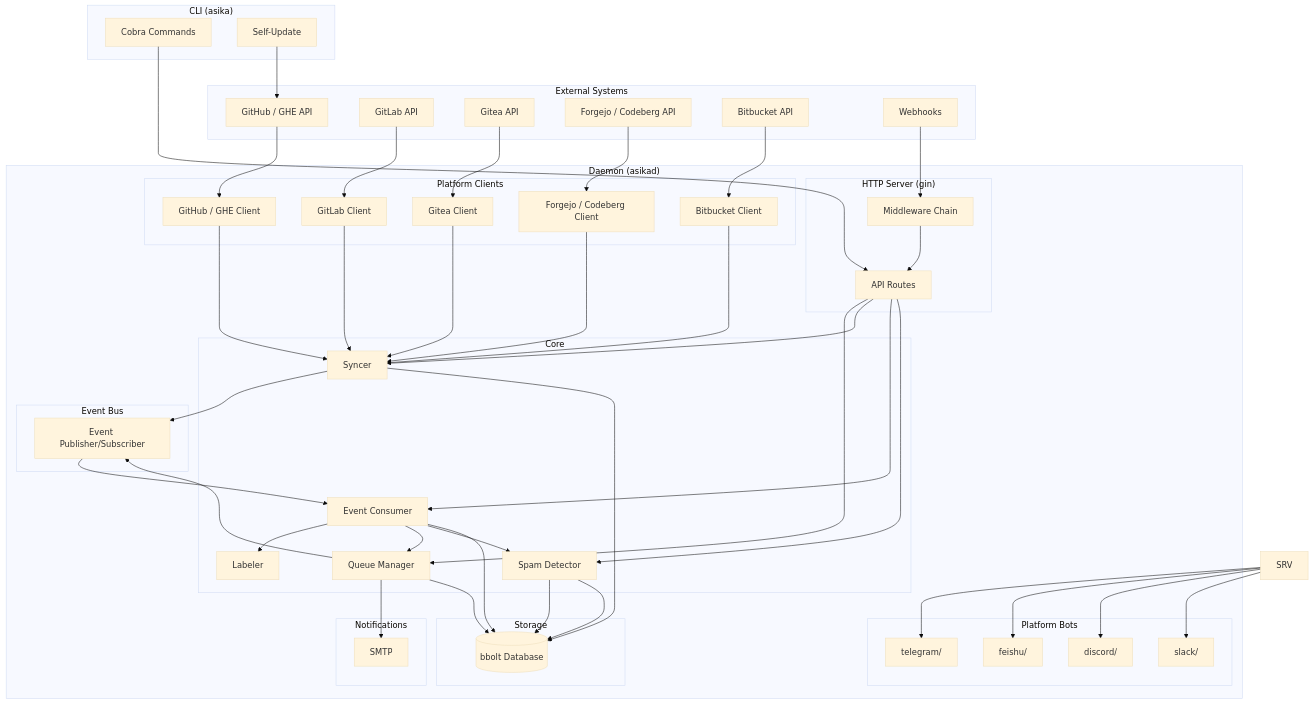
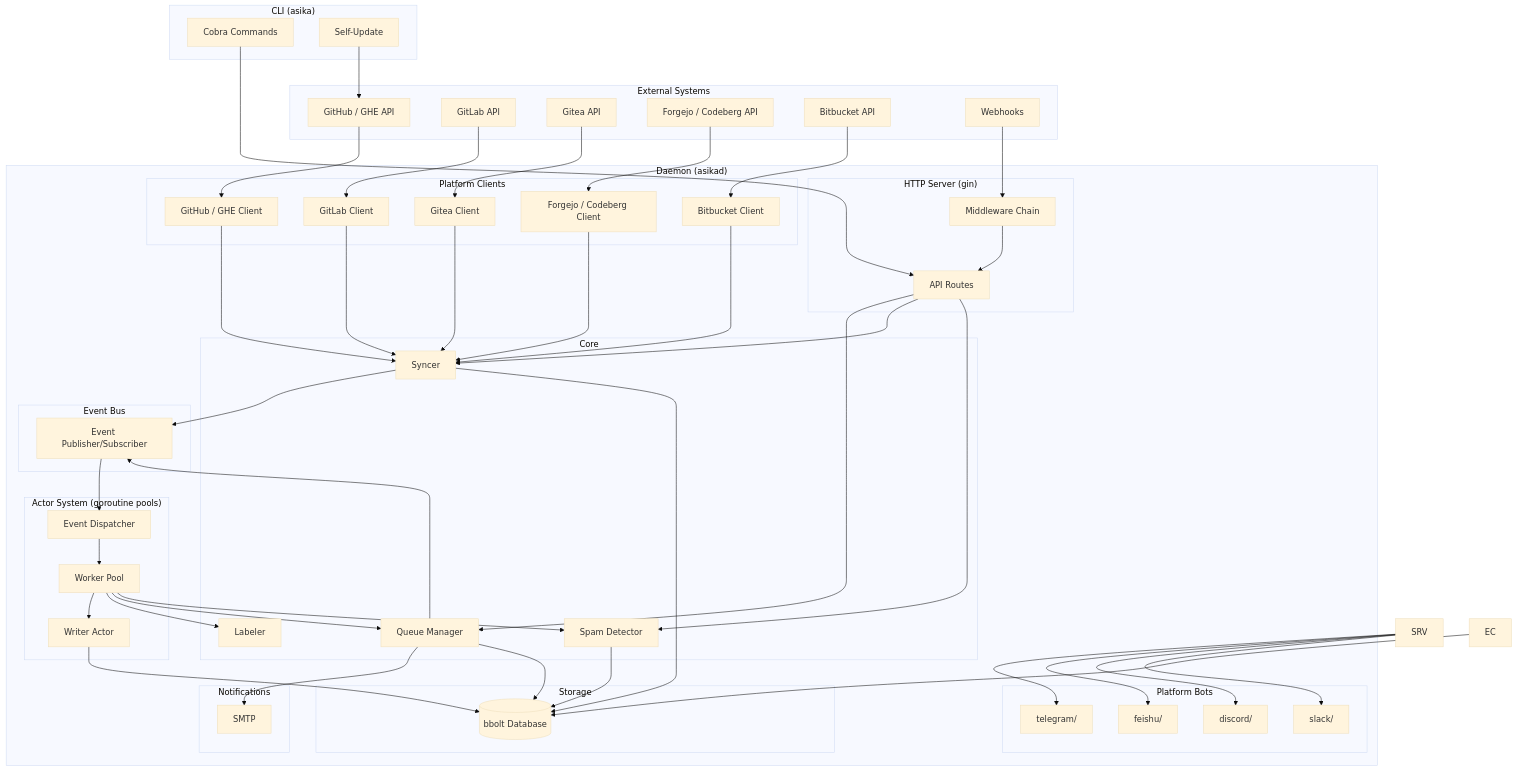
One commit to AsikaProject/Asika changed the first of 2 diagrams in PROJECT.md. Above: the diagram before and after it, drawn with Mermaid (base theme). The commit also changed other lines of this file and 9 other files, not shown here.

First line of the commit message:
Event consumer Actor-model architecture with goroutine pools

```diff
--- a/PROJECT.md
+++ b/PROJECT.md
@@ -25,7 +25,6 @@
         subgraph Core["Core"]
             QC[Queue Manager]
             SY[Syncer]
-            EC[Event Consumer]
             LB[Labeler]
             SD[Spam Detector]
         end
@@ -40,6 +39,12 @@
 
         subgraph Events["Event Bus"]
             EB[Event Publisher/Subscriber]
+        end
+
+        subgraph Actors["Actor System (goroutine pools)"]
+            DP[Event Dispatcher]
+            WP[Worker Pool]
+            WA[Writer Actor]
         end
 
         subgraph Notify["Notifications"]
@@ -71,16 +76,17 @@
     MW --> RO
     RO --> QC
     RO --> SY
-    RO --> EC
     RO --> SD
 
     QC --> EB
     SY --> EB
-    EB --> EC
-    EC --> LB
-    EC --> QC
-    EC --> SD
-    SD --> BDB
+    EB --> DP
+    DP --> WP
+    WP --> WA
+    WA --> BDB
+    WP --> LB
+    WP --> QC
+    WP --> SD
 
     PC_GH --> SY
     PC_GL --> SY
```
